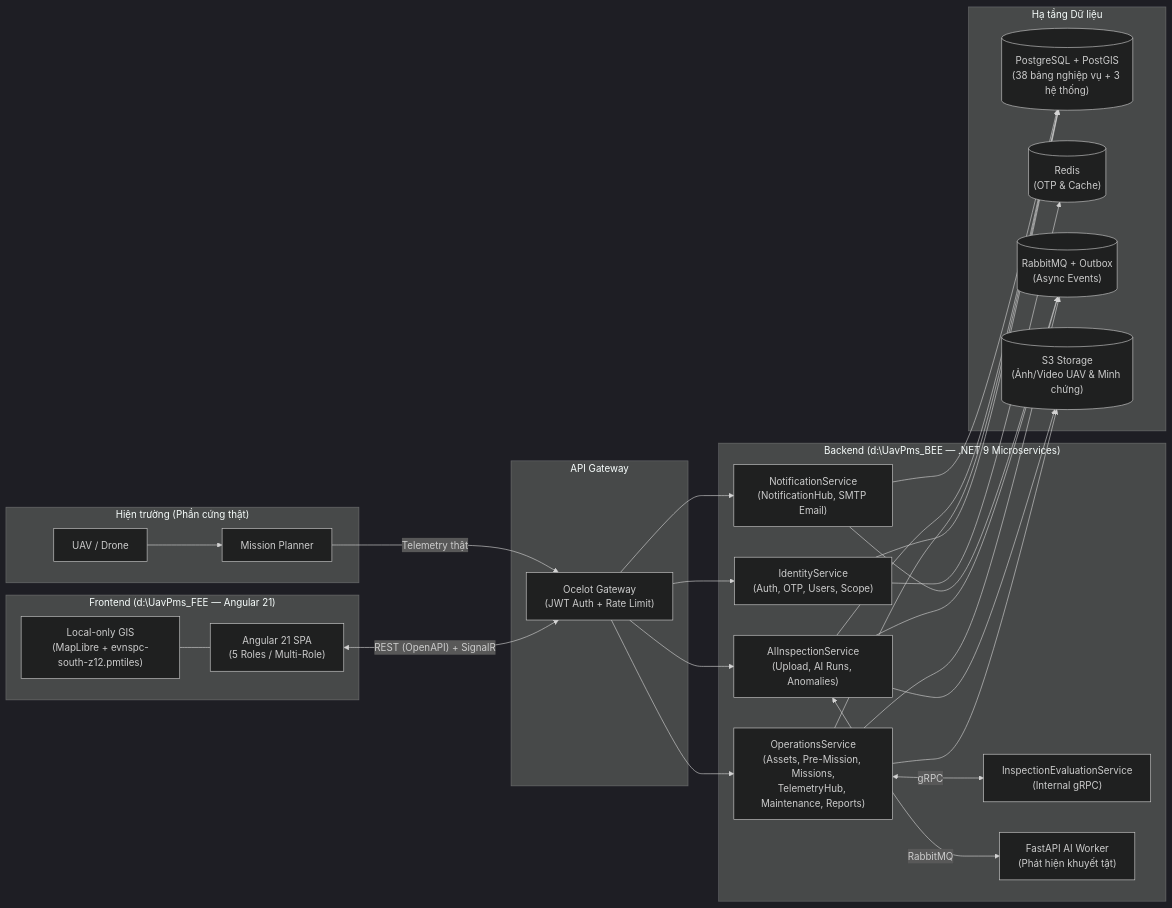
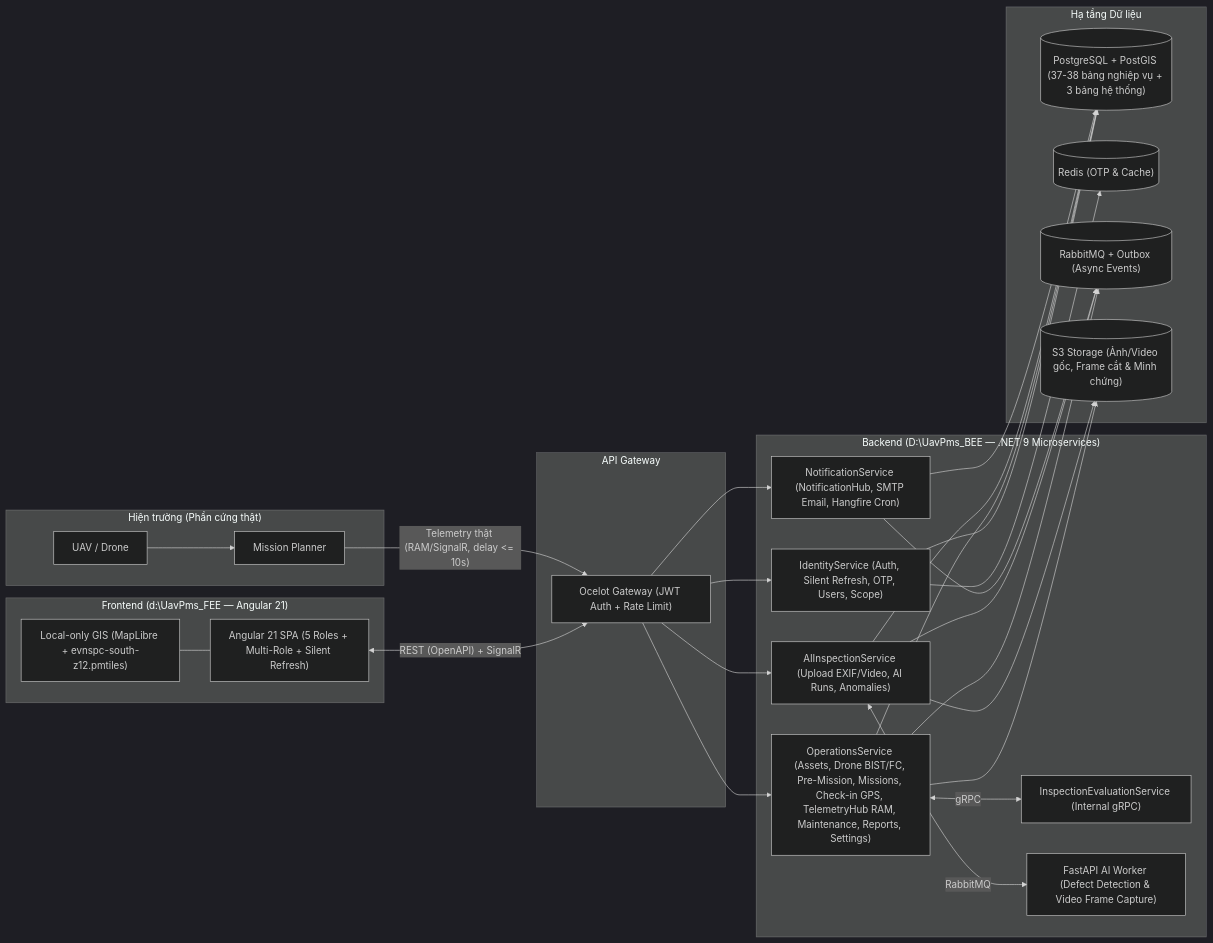
Before and after one commit to Eau-Claire/UavPms_Org: the first of 3 diagrams in docs/MASTER_SYSTEM_SPEC.md, drawn with Mermaid (dark theme). The commit also changed other lines of this file and 25 other files, not shown here.

````diff
--- a/docs/MASTER_SYSTEM_SPEC.md
+++ b/docs/MASTER_SYSTEM_SPEC.md
@@ -10,42 +10,42 @@
 ```mermaid
 flowchart LR
     subgraph Hardware["Hiện trường (Phần cứng thật)"]
         UAV["UAV / Drone"] --> MP["Mission Planner"]
     end
 
     subgraph FE["Frontend (d:\UavPms_FEE — Angular 21)"]
-        UI["Angular 21 SPA\n(5 Roles / Multi-Role)"]
-        GIS["Local-only GIS\n(MapLibre + evnspc-south-z12.pmtiles)"]
+        UI["Angular 21 SPA (5 Roles + Multi-Role + Silent Refresh)"]
+        GIS["Local-only GIS (MapLibre + evnspc-south-z12.pmtiles)"]
     end
 
     subgraph GW["API Gateway"]
-        OCELOT["Ocelot Gateway\n(JWT Auth + Rate Limit)"]
+        OCELOT["Ocelot Gateway (JWT Auth + Rate Limit)"]
     end
 
-    subgraph BE["Backend (d:\UavPms_BEE — .NET 9 Microservices)"]
-        ID["IdentityService\n(Auth, OTP, Users, Scope)"]
-        OPS["OperationsService\n(Assets, Pre-Mission, Missions,\nTelemetryHub, Maintenance, Reports)"]
-        AI_SVC["AIInspectionService\n(Upload, AI Runs, Anomalies)"]
-        NOTIF["NotificationService\n(NotificationHub, SMTP Email)"]
-        EVAL["InspectionEvaluationService\n(Internal gRPC)"]
-        FASTAPI["FastAPI AI Worker\n(Phát hiện khuyết tật)"]
+    subgraph BE["Backend (D:\UavPms_BEE — .NET 9 Microservices)"]
+        ID["IdentityService (Auth, Silent Refresh, OTP, Users, Scope)"]
+        OPS["OperationsService (Assets, Drone BIST/FC, Pre-Mission, Missions, Check-in GPS, TelemetryHub RAM, Maintenance, Reports, Settings)"]
+        AI_SVC["AIInspectionService (Upload EXIF/Video, AI Runs, Anomalies)"]
+        NOTIF["NotificationService (NotificationHub, SMTP Email, Hangfire Cron)"]
+        EVAL["InspectionEvaluationService (Internal gRPC)"]
+        FASTAPI["FastAPI AI Worker (Defect Detection & Video Frame Capture)"]
     end
 
     subgraph INFRA["Hạ tầng Dữ liệu"]
-        PG[("PostgreSQL + PostGIS\n(38 bảng nghiệp vụ + 3 hệ thống)")]
-        REDIS[("Redis\n(OTP & Cache)")]
-        RMQ[("RabbitMQ + Outbox\n(Async Events)")]
-        S3[("S3 Storage\n(Ảnh/Video UAV & Minh chứng)")]
+        PG[("PostgreSQL + PostGIS (37-38 bảng nghiệp vụ + 3 bảng hệ thống)")]
+        REDIS[("Redis (OTP & Cache)")]
+        RMQ[("RabbitMQ + Outbox (Async Events)")]
+        S3[("S3 Storage (Ảnh/Video gốc, Frame cắt & Minh chứng)")]
     end
 
     UI <-->|"REST (OpenAPI) + SignalR"| OCELOT
     GIS --- UI
-    MP -->|"Telemetry thật"| OCELOT
+    MP -->|"Telemetry thật (RAM/SignalR, delay <= 10s)"| OCELOT
     OCELOT --> ID & OPS & AI_SVC & NOTIF
     OPS <-->|"gRPC"| EVAL
     AI_SVC <-->|"RabbitMQ"| FASTAPI
     ID & OPS & AI_SVC & NOTIF --> PG
     ID --> REDIS
     OPS & AI_SVC & NOTIF --> RMQ
     OPS & AI_SVC --> S3
 ```
````
